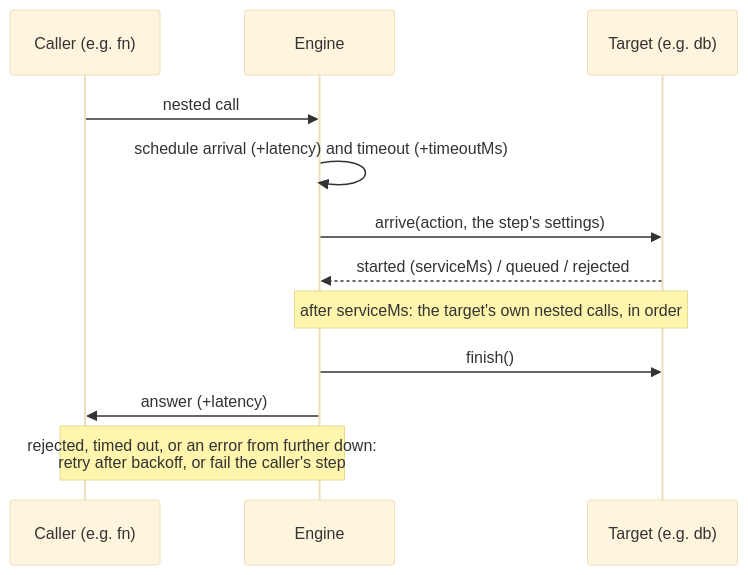
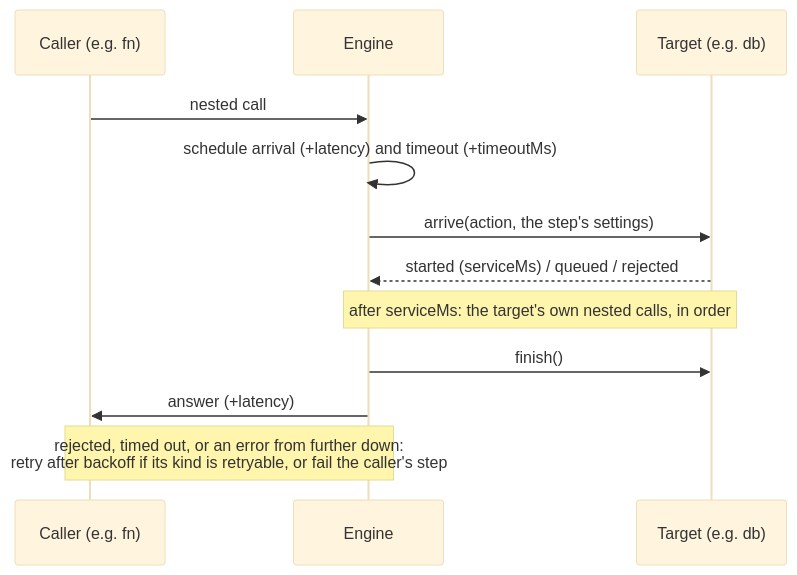
The seventh of 7 diagrams in docs/architecture/simulation-engine.md (alanbickel/wind-tunnel), drawn with Mermaid (base theme) before and after one commit. The commit also changed other lines of this file and 40 other files, not shown here.

Commit message:
feat(domain): give each rejection reason an error kind, and don't retry what isn't retryable (ENG-3) (#322)

````diff
--- a/docs/architecture/simulation-engine.md
+++ b/docs/architecture/simulation-engine.md
@@ -265,14 +265,14 @@
 ```mermaid
 sequenceDiagram
     participant C as Caller (e.g. fn)
     participant E as Engine
     participant T as Target (e.g. db)
     C->>E: nested call
     E->>E: schedule arrival (+latency) and timeout (+timeoutMs)
     E->>T: arrive(action, the step's settings)
     T-->>E: started (serviceMs) / queued / rejected
     Note over E,T: after serviceMs: the target's own nested calls, in order
     E->>T: finish()
     E->>C: answer (+latency)
-    Note over C,E: rejected, timed out, or an error from further down:<br/>retry after backoff, or fail the caller's step
+    Note over C,E: rejected, timed out, or an error from further down:<br/>retry after backoff if its kind is retryable, or fail the caller's step
 ```
````
